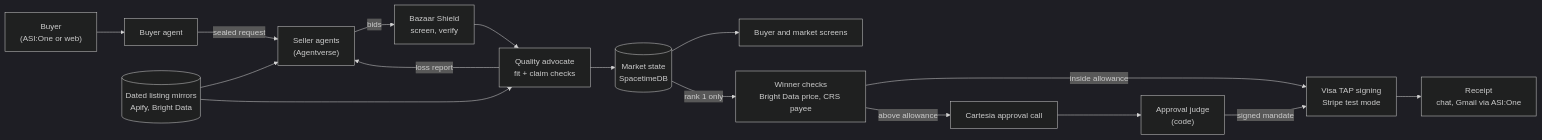
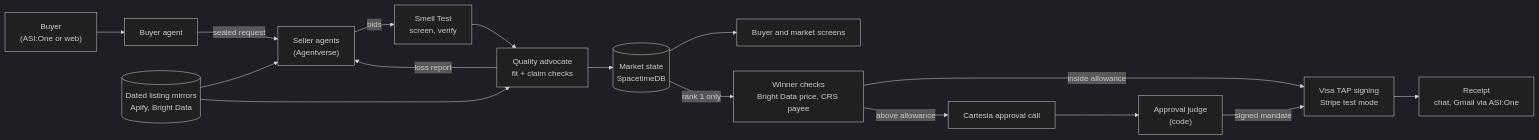
Before and after one commit to vs-githjk/cal-hacks-2026: the diagram in README.md, drawn with Mermaid (dark theme). The commit also changed other lines of this file and 29 other files, not shown here.

````diff
--- a/README.md
+++ b/README.md
@@ -71,18 +75,18 @@
 ```mermaid
 flowchart LR
     U["Buyer<br/>(ASI:One or web)"] --> B["Buyer agent"]
     B -- "sealed request" --> S["Seller agents<br/>(Agentverse)"]
-    S -- "bids" --> SH["Bazaar Shield<br/>screen, verify"]
+    S -- "bids" --> SH["Smell Test<br/>screen, verify"]
     SH --> A["Quality advocate<br/>fit + claim checks"]
     M[("Dated listing mirrors<br/>Apify, Bright Data")] --> S
     M --> A
     A --> MK[("Market state<br/>SpacetimeDB")]
     MK --> W["Buyer and market screens"]
     MK -- "rank 1 only" --> G["Winner checks<br/>Bright Data price, CRS payee"]
     G -- "inside allowance" --> P["Visa TAP signing<br/>Stripe test mode"]
     G -- "above allowance" --> C["Cartesia approval call"]
     C --> J["Approval judge<br/>(code)"]
     J -- "signed mandate" --> P
     P --> R["Receipt<br/>chat, Gmail via ASI:One"]
     A -- "loss report" --> S
 ```
````
